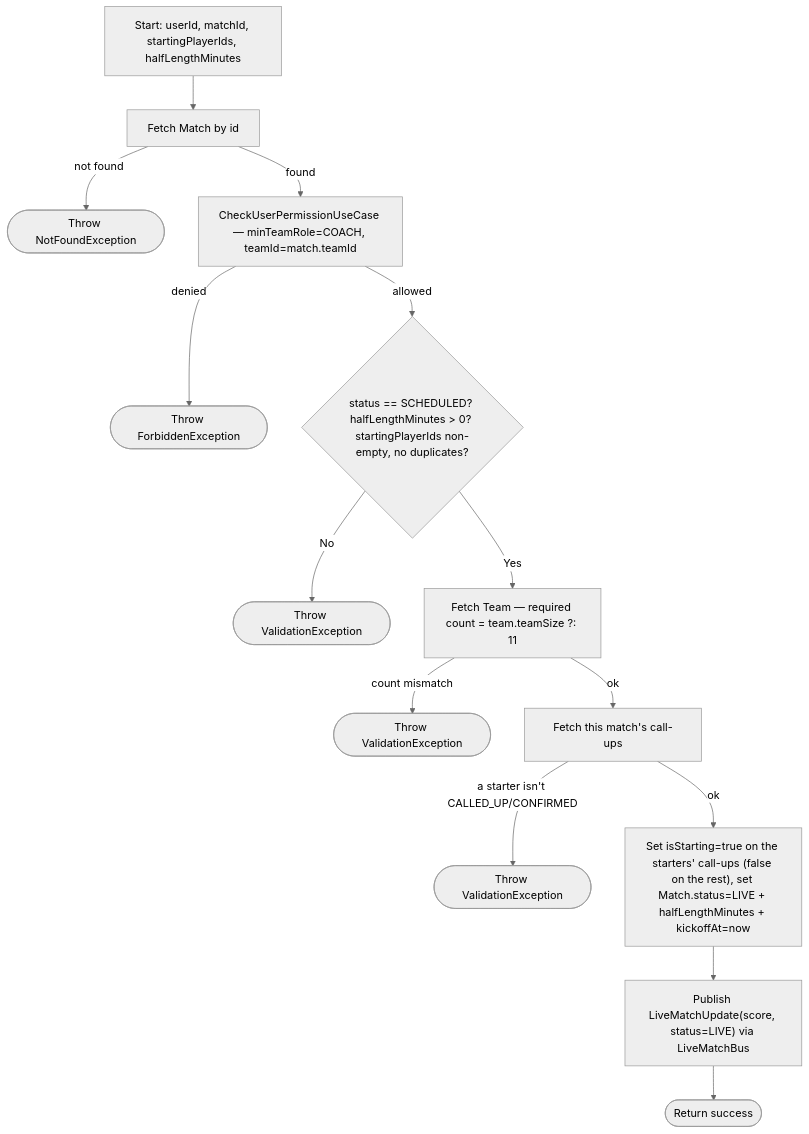
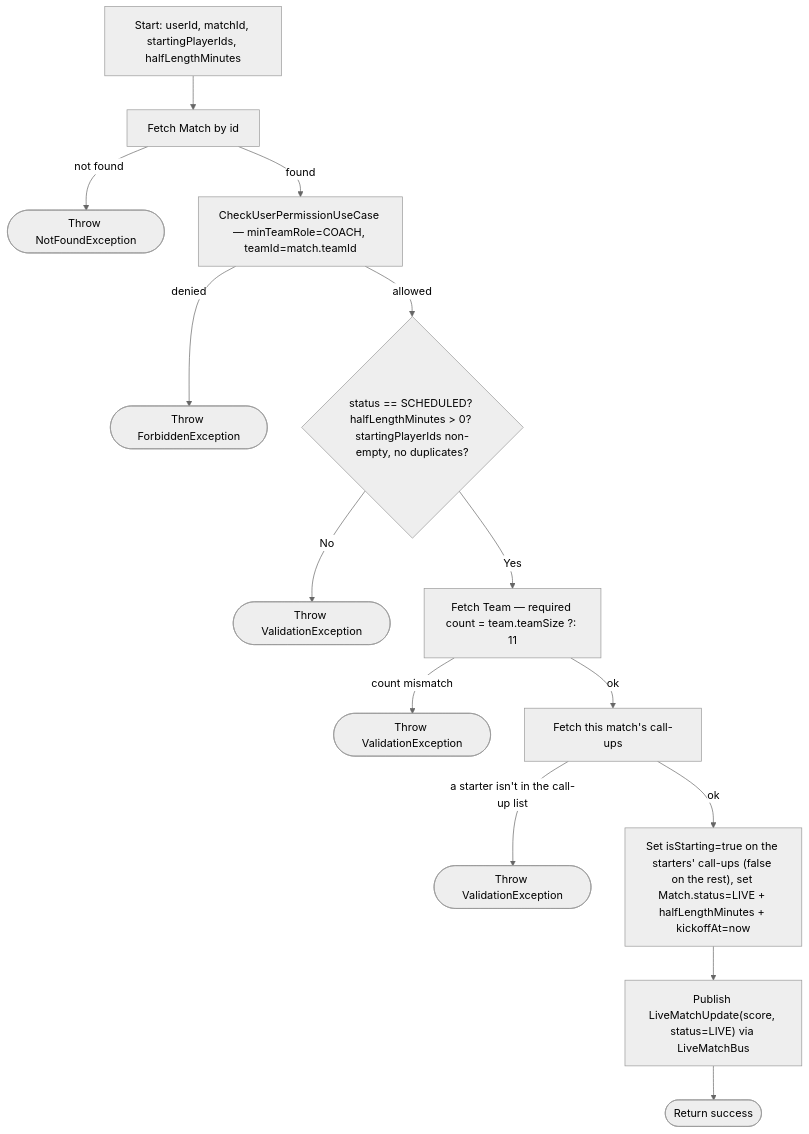
Before and after one commit to ricardofrango/squadify: diagram 35 of 44 in PROCESS_FLOWS.md, drawn with Mermaid (neutral theme). The commit also changed other lines of this file and 22 other files, not shown here.

````diff
--- a/PROCESS_FLOWS.md
+++ b/PROCESS_FLOWS.md
@@ -749,16 +742,16 @@
 ```mermaid
 graph TD
     A[Start: userId, matchId, startingPlayerIds, halfLengthMinutes] --> B[Fetch Match by id]
     B -- not found --> N(["Throw NotFoundException"])
     B -- found --> C[CheckUserPermissionUseCase — minTeamRole=COACH, teamId=match.teamId]
     C -- denied --> F(["Throw ForbiddenException"])
     C -- allowed --> D{"status == SCHEDULED? halfLengthMinutes > 0? startingPlayerIds non-empty, no duplicates?"}
     D -- No --> V1(["Throw ValidationException"])
     D -- Yes --> E[Fetch Team — required count = team.teamSize ?: 11]
     E -- count mismatch --> V2(["Throw ValidationException"])
     E -- ok --> G[Fetch this match's call-ups]
-    G -- a starter isn't CALLED_UP/CONFIRMED --> V3(["Throw ValidationException"])
+    G -- a starter isn't in the call-up list --> V3(["Throw ValidationException"])
     G -- ok --> H["Set isStarting=true on the starters' call-ups (false on the rest), set Match.status=LIVE + halfLengthMinutes + kickoffAt=now"]
     H --> I["Publish LiveMatchUpdate(score, status=LIVE) via LiveMatchBus"]
     I --> Z(["Return success"])
 ```
````
